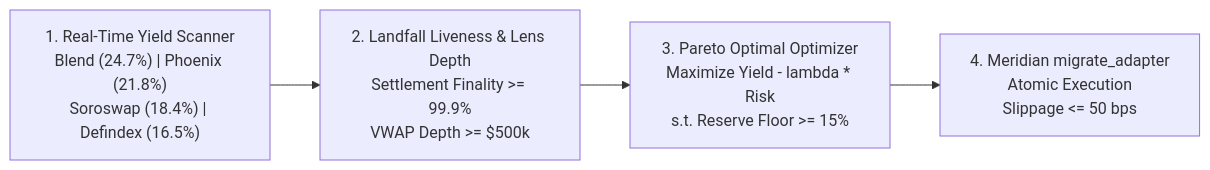
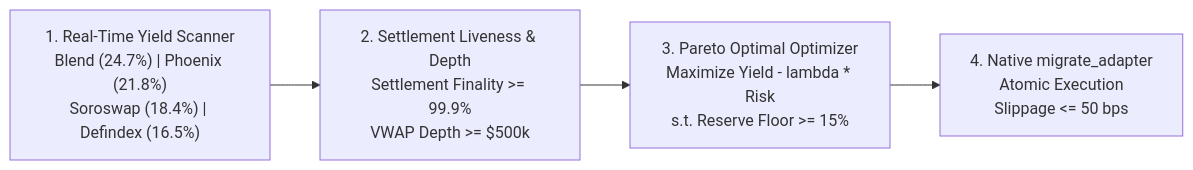
One commit to Hikari-St/hikari changed the third of 4 diagrams in docs/ARCHITECTURE.md. Above: the diagram before and after it, drawn with Mermaid. The commit also changed other lines of this file and 43 other files, not shown here.

````diff
--- a/docs/ARCHITECTURE.md
+++ b/docs/ARCHITECTURE.md
@@ -180,9 +181,9 @@
 ```mermaid
 flowchart LR
     Scan["1. Real-Time Yield Scanner\nBlend (24.7%) | Phoenix (21.8%)\nSoroswap (18.4%) | Defindex (16.5%)"]
-    Filter["2. Landfall Liveness & Lens Depth\nSettlement Finality >= 99.9%\nVWAP Depth >= $500k"]
+    Filter["2. Settlement Liveness & Depth\nSettlement Finality >= 99.9%\nVWAP Depth >= $500k"]
     Pareto["3. Pareto Optimal Optimizer\nMaximize Yield - lambda * Risk\ns.t. Reserve Floor >= 15%"]
-    Migrate["4. Meridian migrate_adapter\nAtomic Execution\nSlippage <= 50 bps"]
+    Migrate["4. Native migrate_adapter\nAtomic Execution\nSlippage <= 50 bps"]
 
     Scan --> Filter --> Pareto --> Migrate
 ```
````
